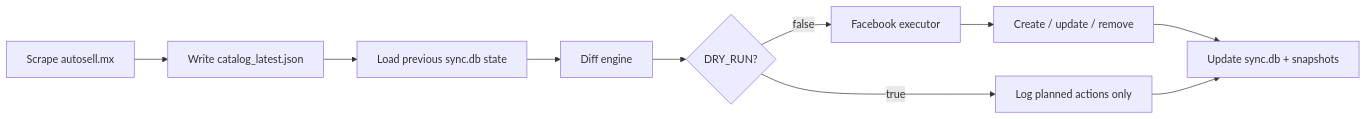
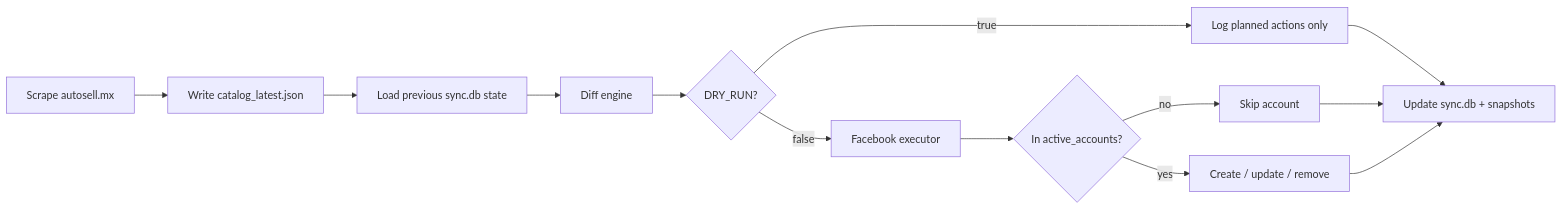
Before and after one commit to mg22mex/auto-upload: the fourth of 10 diagrams in docs/PROJECT_GUIDE.md, drawn with Mermaid. The commit also changed other lines of this file and 2 other files, not shown here.

First line of the commit message:
Update docs for live sync on account_1 and account_2.

````diff
--- a/docs/PROJECT_GUIDE.md
+++ b/docs/PROJECT_GUIDE.md
@@ -89,12 +89,15 @@
 ```mermaid
 flowchart LR
     A[Scrape autosell.mx] --> B[Write catalog_latest.json]
     B --> C[Load previous sync.db state]
     C --> D[Diff engine]
     D --> E{DRY_RUN?}
     E -->|true| F[Log planned actions only]
     E -->|false| G[Facebook executor]
-    G --> H[Create / update / remove]
+    G --> G2{In active_accounts?}
+    G2 -->|no| SKIP[Skip account]
+    G2 -->|yes| H[Create / update / remove]
     H --> I[Update sync.db + snapshots]
     F --> I
+    SKIP --> I
 ```
````
